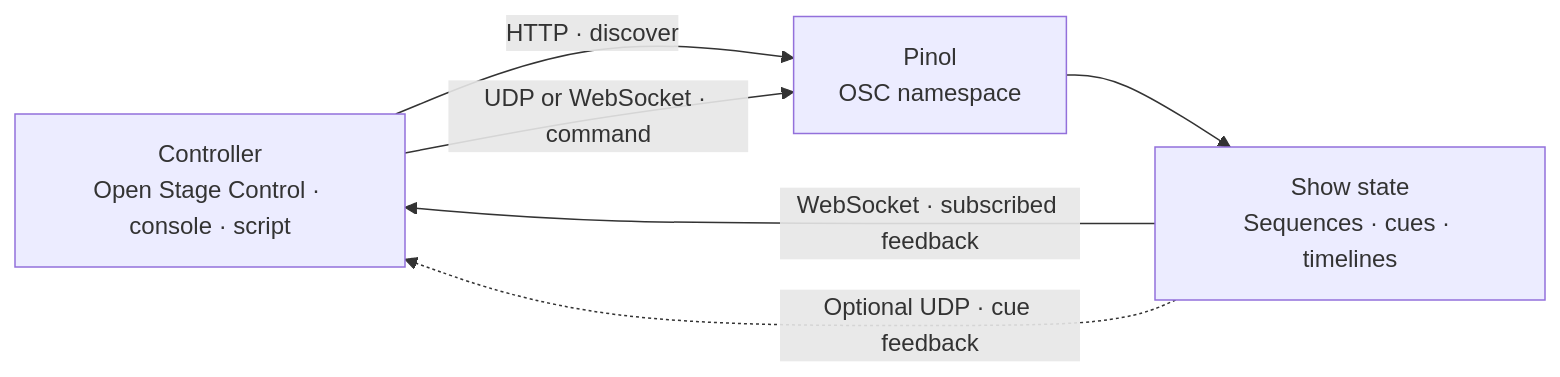
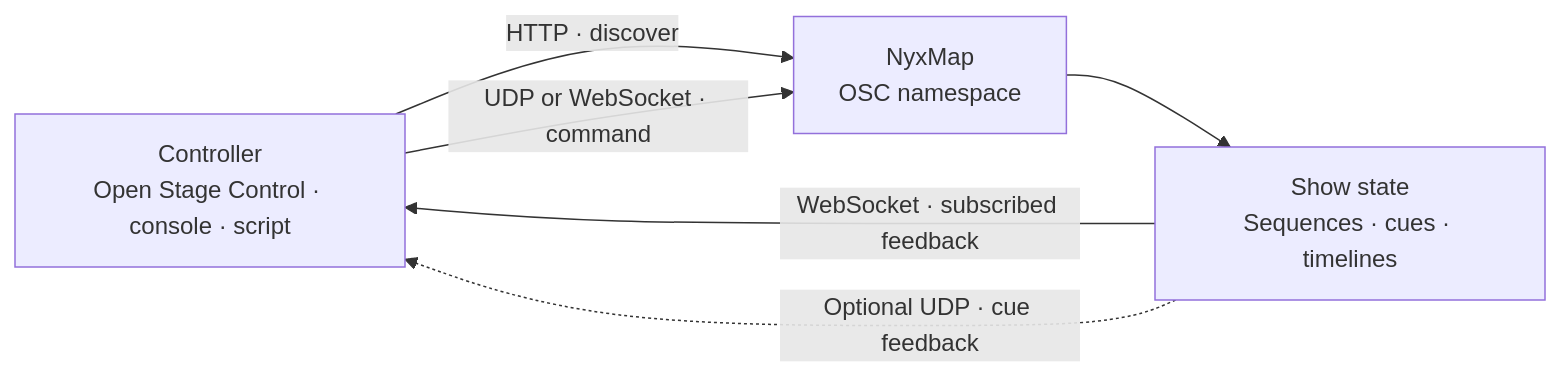
Before and after one commit to PixelStereo/NyxMap: the diagram in docs/osc.md, drawn with Mermaid. The commit also changed other lines of this file and 185 other files, not shown here.

First line of the commit message:
Rename the software to NyxMap, with a new logo

````diff
--- a/docs/osc.md
+++ b/docs/osc.md
@@ -25,11 +25,11 @@
 ```mermaid
 flowchart LR
     C["Controller<br/>Open Stage Control · console · script"]
-    P["Pinol<br/>OSC namespace"]
+    P["NyxMap<br/>OSC namespace"]
     S["Show state<br/>Sequences · cues · timelines"]
     C -->|"HTTP · discover"| P
     C -->|"UDP or WebSocket · command"| P
     P --> S
     S -->|"WebSocket · subscribed feedback"| C
     S -.->|"Optional UDP · cue feedback"| C
 ```
````
